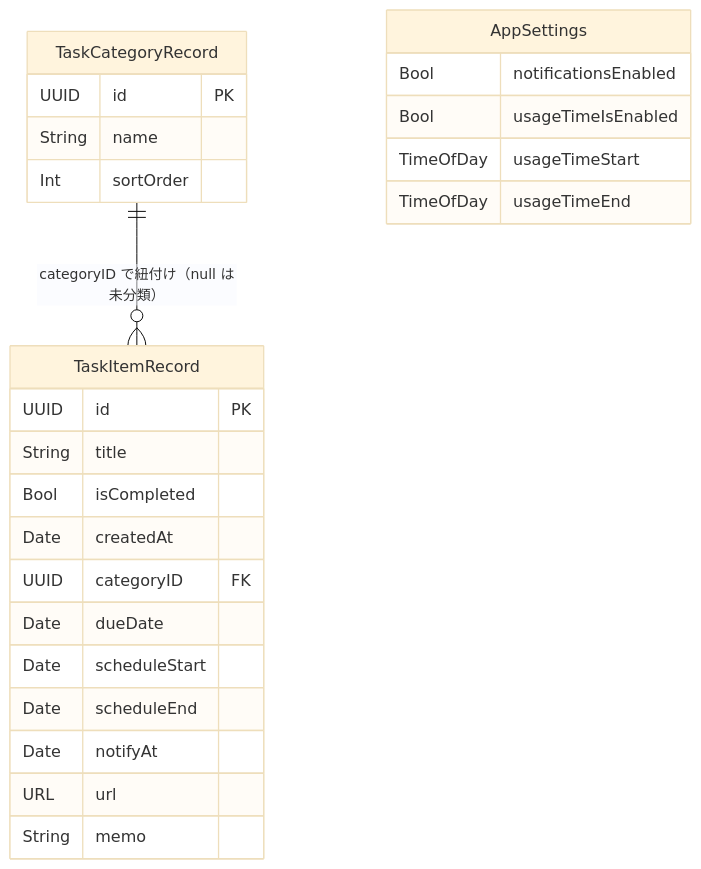
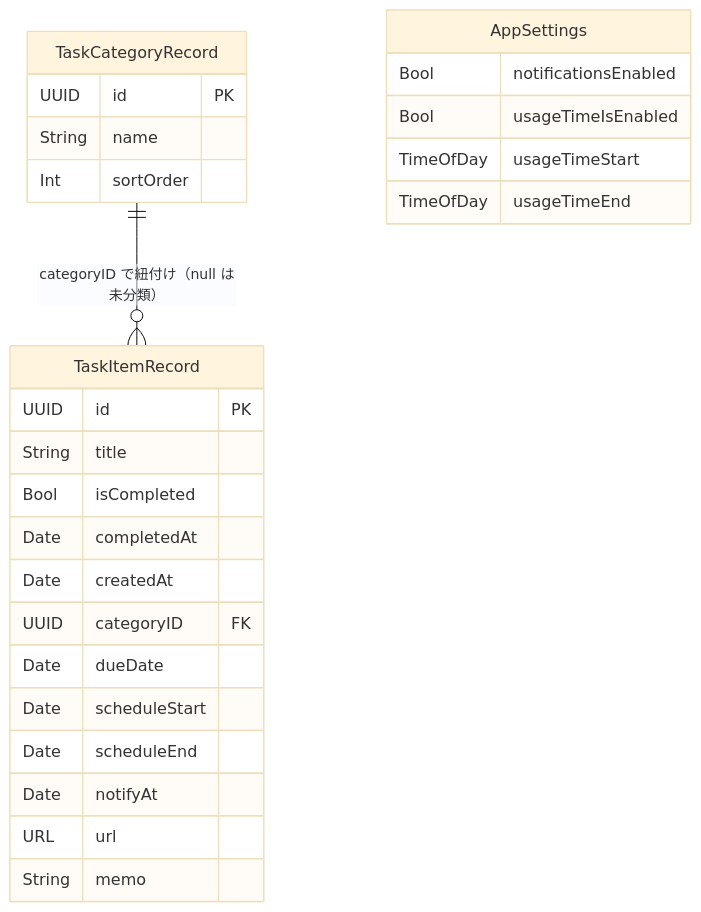
Before and after one commit to Kamon-Tahara-504/Project-R: the second of 2 diagrams in README.md, drawn with Mermaid (base theme). The commit also changed other lines of this file and 11 other files, not shown here.

````diff
--- a/README.md
+++ b/README.md
@@ -117,28 +118,29 @@
 ```mermaid
 erDiagram
   TaskCategoryRecord ||--o{ TaskItemRecord : "categoryID で紐付け（null は未分類）"
   TaskCategoryRecord {
     UUID id PK
     String name
     Int sortOrder
   }
   TaskItemRecord {
     UUID id PK
     String title
     Bool isCompleted
+    Date completedAt
     Date createdAt
     UUID categoryID FK
     Date dueDate
     Date scheduleStart
     Date scheduleEnd
     Date notifyAt
     URL url
     String memo
   }
   AppSettings {
     Bool notificationsEnabled
     Bool usageTimeIsEnabled
     TimeOfDay usageTimeStart
     TimeOfDay usageTimeEnd
   }
 ```
````
